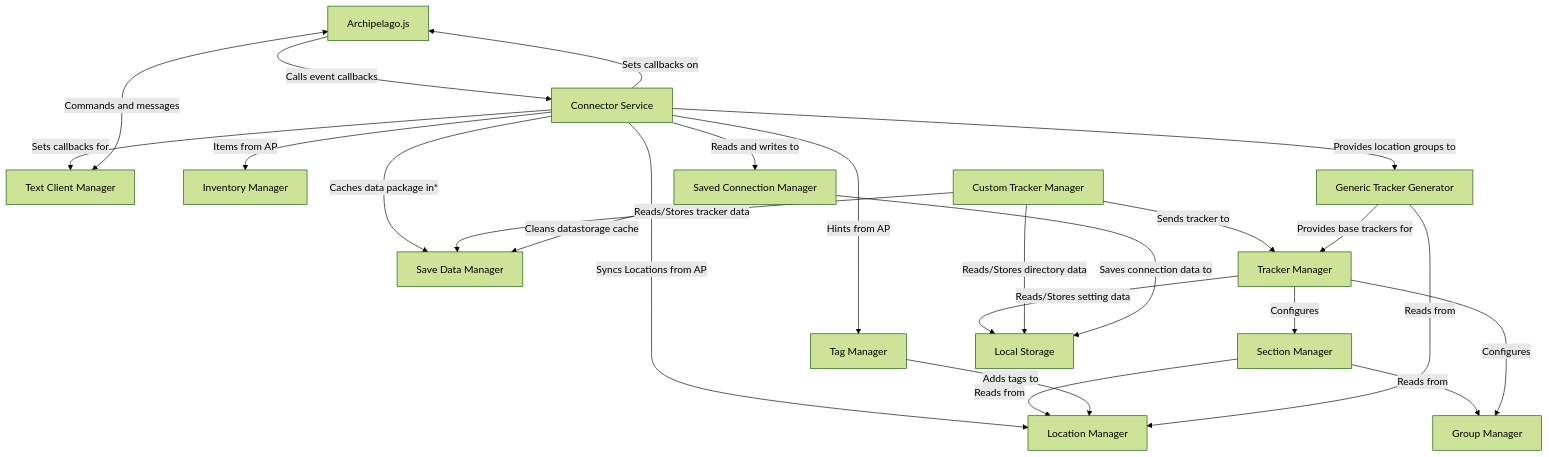
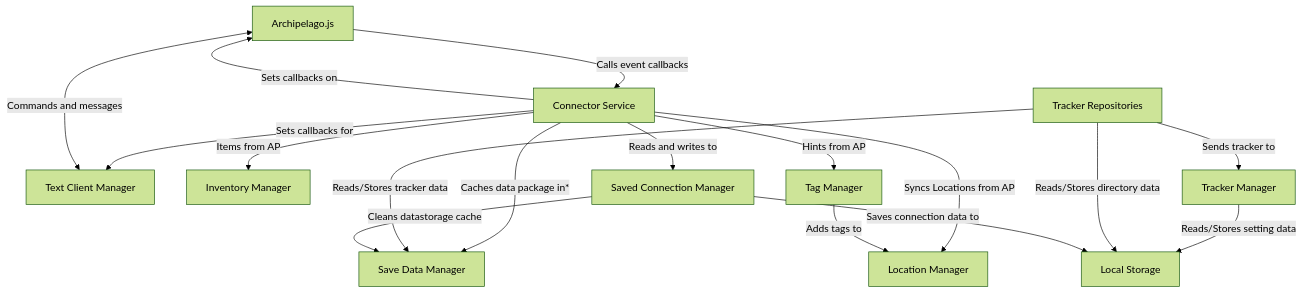
The second of 2 diagrams in docs/architecture/overview.md (TreZc0/ap-tracker), drawn with Mermaid (forest theme) before and after one commit. The commit also changed other lines of this file and 102 other files, not shown here.

````diff
--- a/docs/architecture/overview.md
+++ b/docs/architecture/overview.md
@@ -38,41 +38,31 @@
 ```mermaid
 graph TD;
     ap_js[Archipelago.js];
     connector[Connector Service];
     text_client_manager[Text Client Manager];
     location_manager[Location Manager];
+    inventory_manager[Inventory Manager];
     tag_manager[Tag Manager];
-    inventory_manager[Inventory Manager];
-    group_manager[Group Manager];
-    section_manager[Section Manager];
     saved_connection_manager[Saved Connection Manager];
     save_data[Save Data Manager];
     localstorage[Local Storage];
     tracker_manager[Tracker Manager];
-    custom_tracker_manager[Custom Tracker Manager];
-    generic_tracker_generator[Generic Tracker Generator];
+    tracker_repo[Tracker Repositories];
 
     ap_js-->|Calls event callbacks|connector;
     connector-->|Sets callbacks on|ap_js;
     connector-->|Sets callbacks for|text_client_manager;
     connector-->|Caches data package in*|save_data;
     connector-->|Reads and writes to|saved_connection_manager;
     text_client_manager<-->|Commands and messages|ap_js;
     connector-->|Syncs Locations from AP|location_manager;
     connector-->|Hints from AP|tag_manager;
     connector-->|Items from AP|inventory_manager;
-    section_manager-->|Reads from|location_manager;
-    section_manager-->|Reads from|group_manager;
     tag_manager-->|Adds tags to|location_manager;
-    tracker_manager-->|Configures|section_manager;
-    tracker_manager-->|Configures|group_manager;
     tracker_manager-->|Reads/Stores setting data|localstorage;
-    custom_tracker_manager-->|Sends tracker to|tracker_manager;
-    custom_tracker_manager-->|Reads/Stores tracker data|save_data;
-    custom_tracker_manager-->|Reads/Stores directory data|localstorage;
+    tracker_repo-->|Sends tracker to|tracker_manager;
+    tracker_repo-->|Reads/Stores tracker data|save_data;
+    tracker_repo-->|Reads/Stores directory data|localstorage;
     saved_connection_manager-->|Saves connection data to|localstorage;
     saved_connection_manager-->|Cleans datastorage cache|save_data;
-    generic_tracker_generator-->|Provides base trackers for|tracker_manager;
-    generic_tracker_generator-->|Reads from|location_manager;
-    connector-->|Provides location groups to|generic_tracker_generator;
 ```
````
